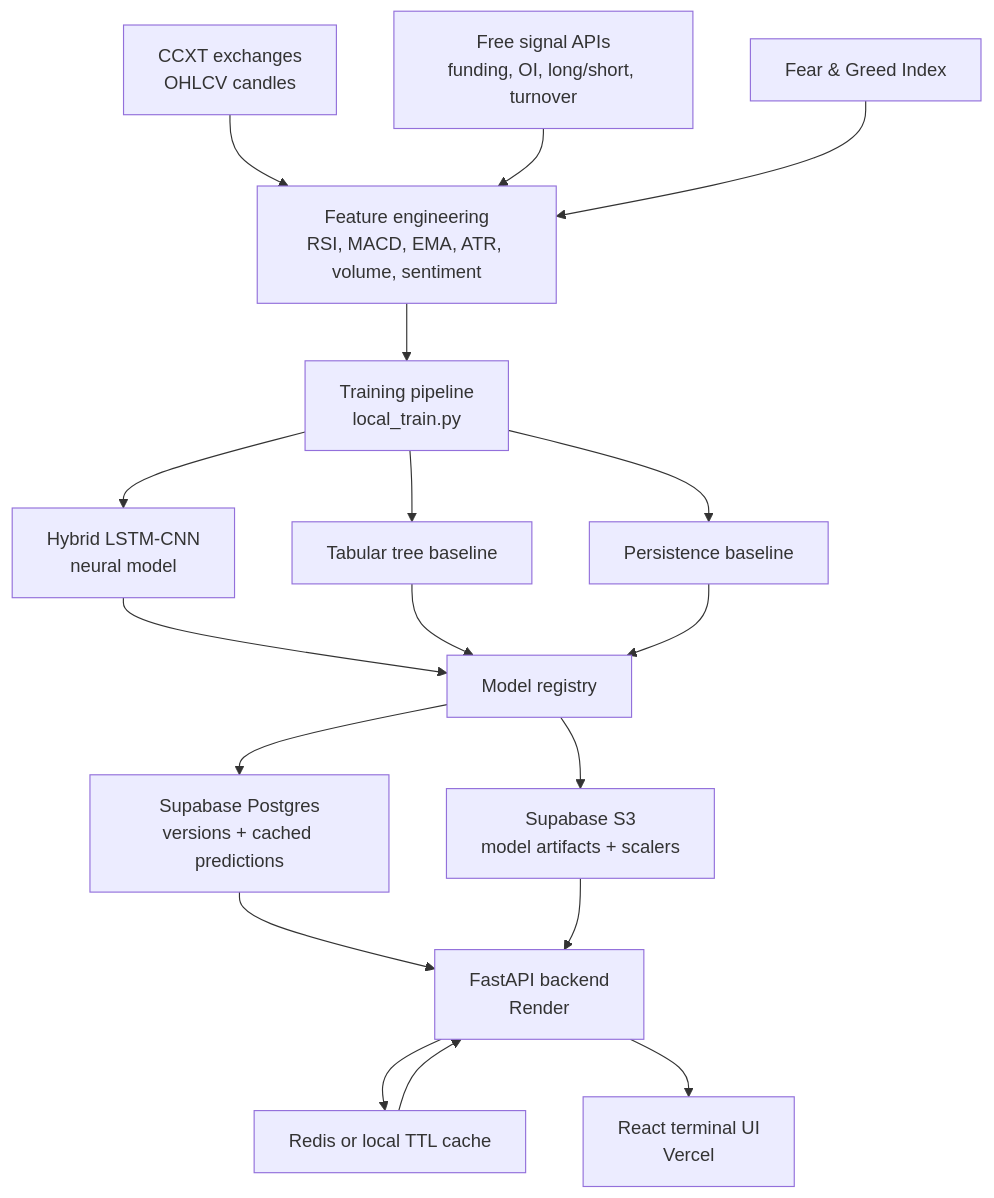
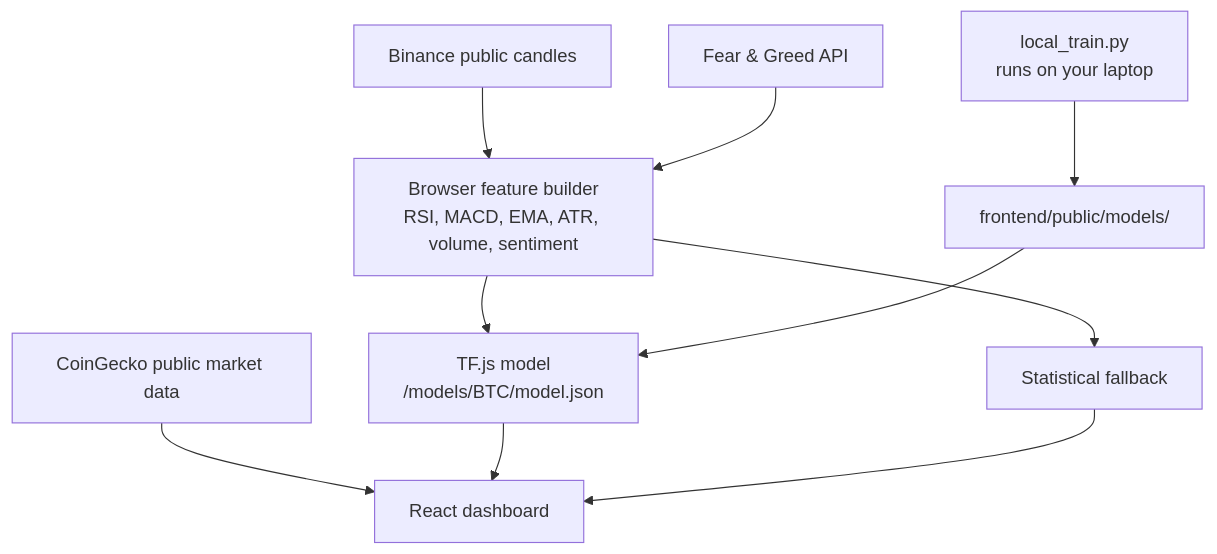
The diagram in README.md (AaravKashyap12/CryptoQuant), drawn with Mermaid before and after one commit. The commit also changed other lines of this file and 62 other files, not shown here.

````diff
--- a/README.md
+++ b/README.md
@@ -42,23 +36,12 @@
 ```mermaid
 flowchart TD
-    A["CCXT exchanges<br/>OHLCV candles"] --> B["Feature engineering<br/>RSI, MACD, EMA, ATR, volume, sentiment"]
-    S["Free signal APIs<br/>funding, OI, long/short, turnover"] --> B
-    F["Fear & Greed Index"] --> B
-
-    B --> C["Training pipeline<br/>local_train.py"]
-    C --> D["Hybrid LSTM-CNN<br/>neural model"]
-    C --> E["Tabular tree baseline"]
-    C --> P["Persistence baseline"]
-
-    D --> R["Model registry"]
-    E --> R
-    P --> R
-    R --> DB["Supabase Postgres<br/>versions + cached predictions"]
-    R --> ST["Supabase S3<br/>model artifacts + scalers"]
-
-    DB --> API["FastAPI backend<br/>Render"]
-    ST --> API
-    API --> CACHE["Redis or local TTL cache"]
-    CACHE --> API
-    API --> UI["React terminal UI<br/>Vercel"]
+    B["Binance public candles"] --> F["Browser feature builder<br/>RSI, MACD, EMA, ATR, volume, sentiment"]
+    G["Fear & Greed API"] --> F
+    C["CoinGecko public market data"] --> UI["React dashboard"]
+    F --> TF["TF.js model<br/>/models/BTC/model.json"]
+    TF --> UI
+    F --> BASE["Statistical fallback"]
+    BASE --> UI
+    L["local_train.py<br/>runs on your laptop"] --> M["frontend/public/models/<COIN>"]
+    M --> TF
 ```
````
